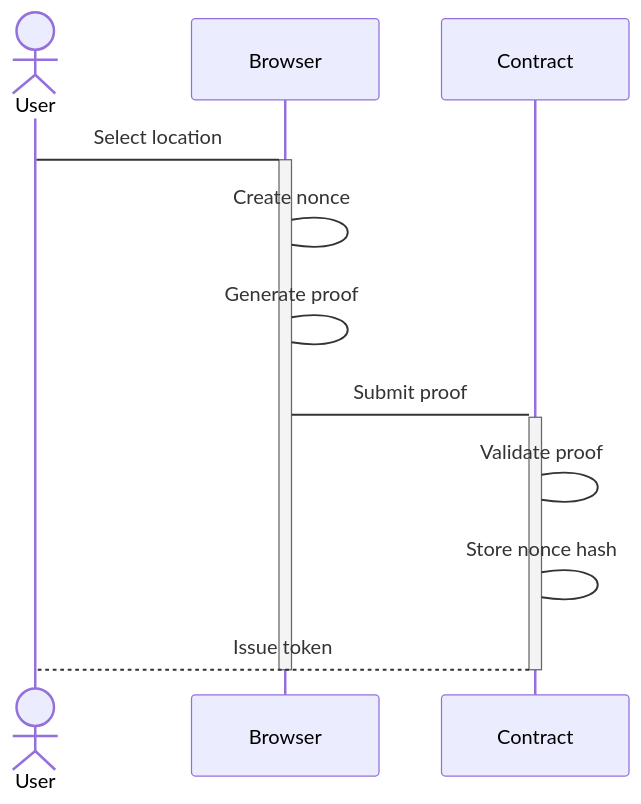
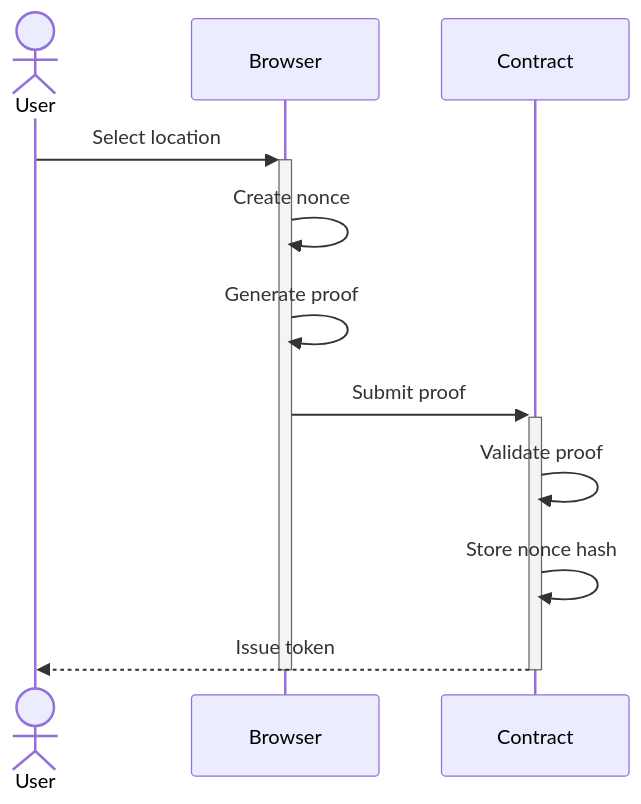
One commit to ScreamingHawk/zk-where-in-the-world changed the diagram in README.md. Above: the diagram before and after it, drawn with Mermaid.

````diff
--- a/README.md
+++ b/README.md
@@ -13,16 +13,16 @@
 ```mermaid
 sequenceDiagram
   actor U as User
   participant B as Browser
   participant C as Contract
 
-  U->+B: Select location
-  B->B: Create nonce
-  B->B: Generate proof
-  B->+C: Submit proof
-  C->C: Validate proof
-  C->C: Store nonce hash
-  C-->U: Issue token
+  U->>+B: Select location
+  B->>B: Create nonce
+  B->>B: Generate proof
+  B->>+C: Submit proof
+  C->>C: Validate proof
+  C->>C: Store nonce hash
+  C-->>U: Issue token
   deactivate C
   deactivate B
 ```
````
